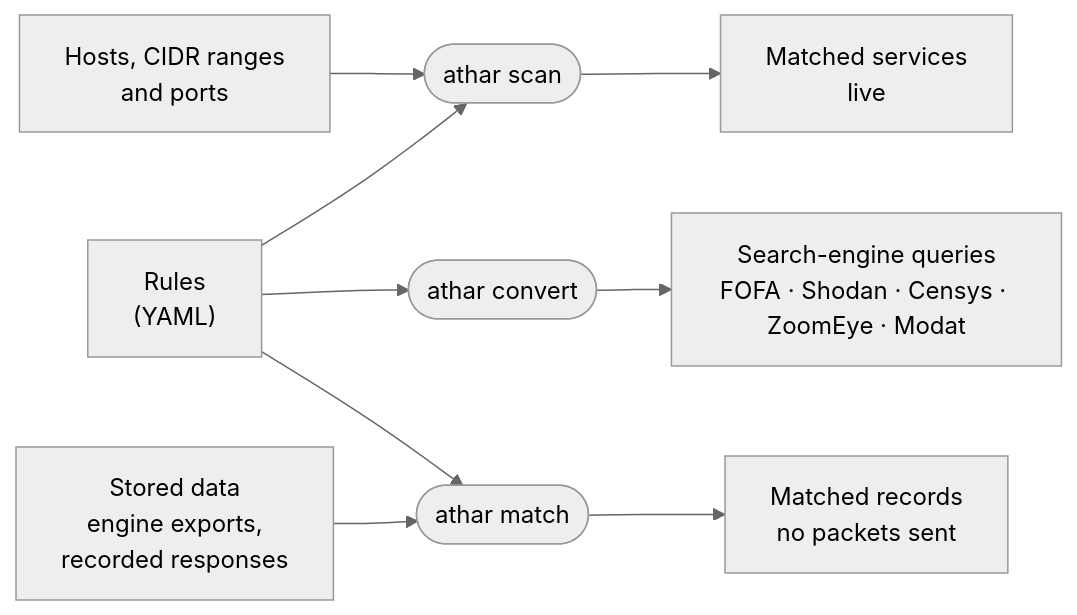
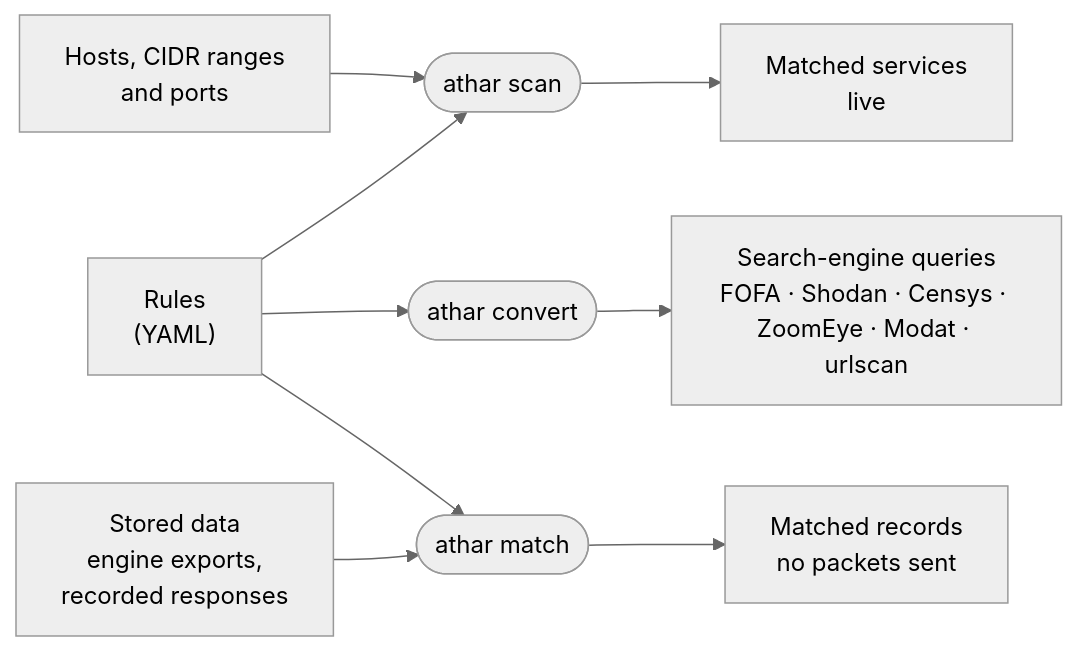
Before and after one commit to Athar-HQ/Athar: the diagram in README.md, drawn with Mermaid (neutral theme). The commit also changed other lines of this file and 9 other files, not shown here.

````diff
--- a/README.md
+++ b/README.md
@@ -67,17 +67,17 @@
 ```mermaid
 flowchart LR
   R["Rules<br/>(YAML)"]
   T["Hosts, CIDR ranges<br/>and ports"]
   D["Stored data<br/>engine exports,<br/>recorded responses"]
 
   R --> S(["athar scan"])
   T --> S
   S --> SO["Matched services<br/>live"]
 
   R --> C(["athar convert"])
-  C --> CO["Search-engine queries<br/>FOFA · Shodan · Censys · ZoomEye · Modat"]
+  C --> CO["Search-engine queries<br/>FOFA · Shodan · Censys · ZoomEye · Modat · urlscan"]
 
   R --> M(["athar match"])
   D --> M
   M --> MO["Matched records<br/>no packets sent"]
 ```
````
